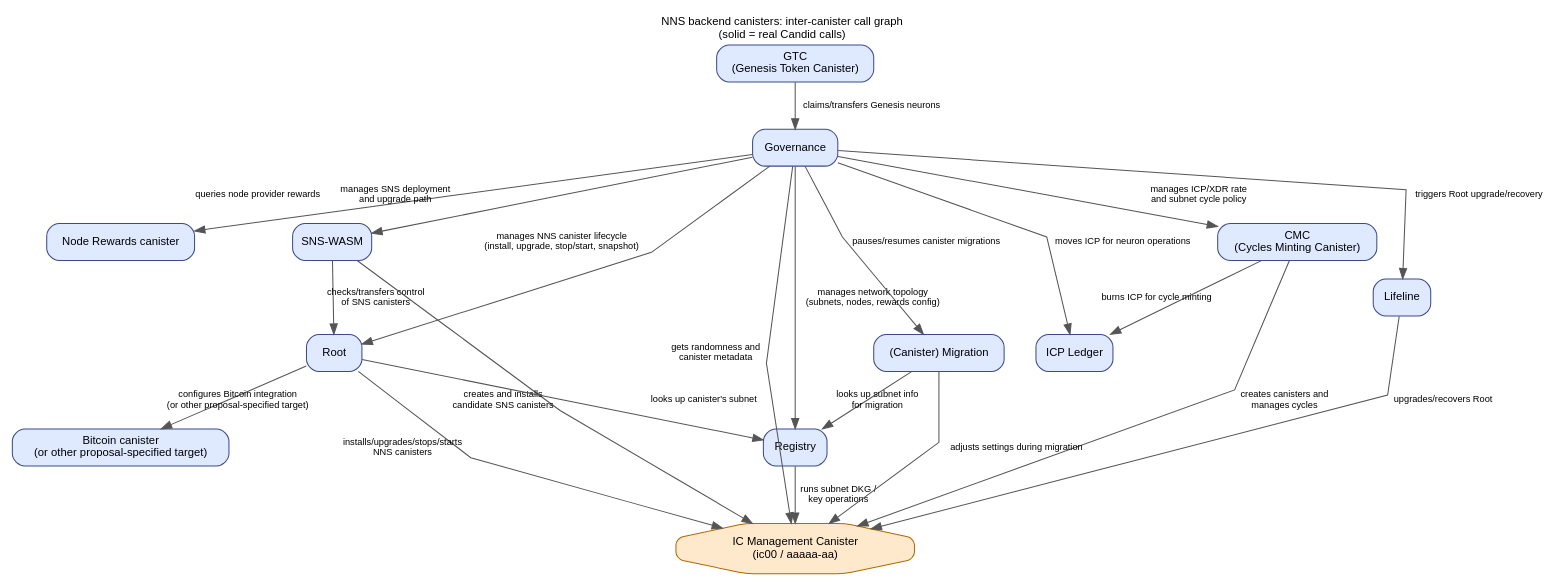
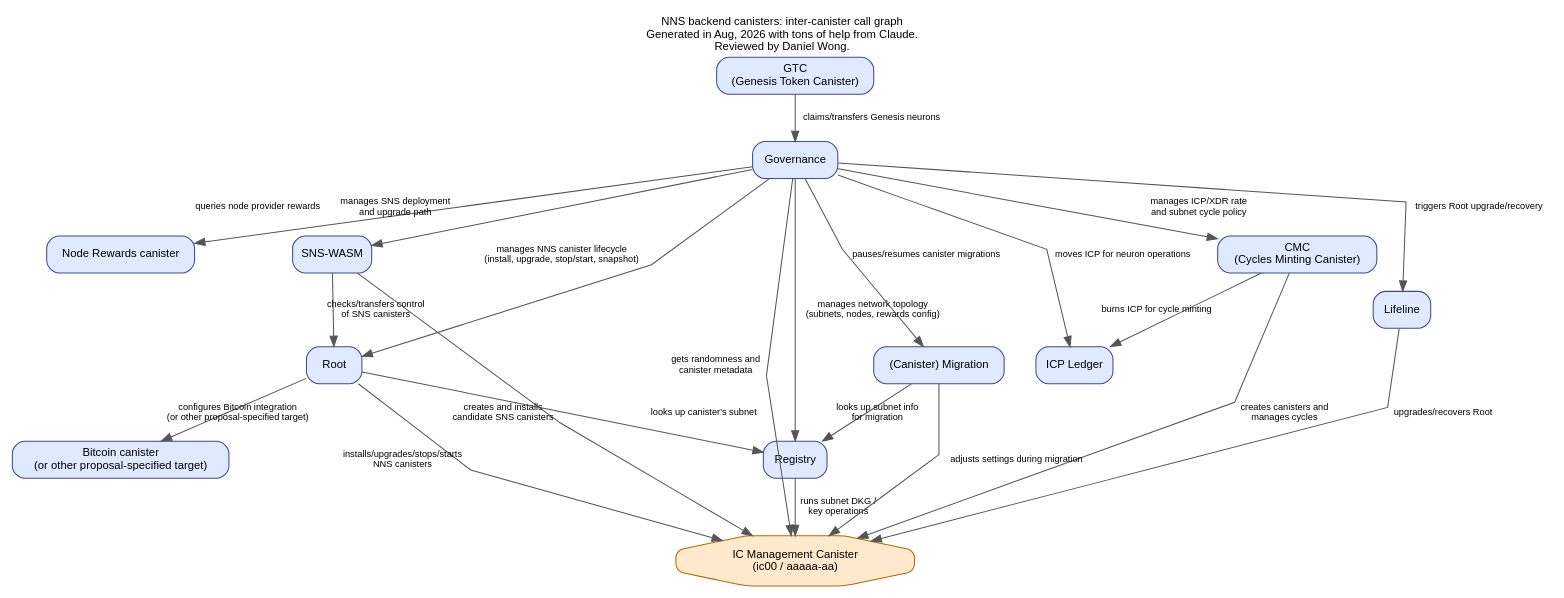
Before and after one commit to dfinity/ic: the diagram in rs/nns/docs/canister_call_graph.dot, drawn with Graphviz. The commit also changed 1 other file, not shown here.

Commit message:
docs(nns): preserve detailed method lists as edge comments, add file:line citations
The exhaustive per-edge method-name lists that were simplified out of the
visible edge labels (commit 64af050) are still valuable but were only
findable by digging through git history. Restore them as `//` comments
directly above each edge definition so nothing is lost, and add freshly
re-verified file:line citations into the current codebase for each edge's
real call site(s) (re-checked against HEAD, not copied from any stale
investigation notes).

Also:
- Drop the now-stale "(solid = real Candid calls)" legend line from the
  graph title, since every edge is styled the same way.
- Add a small caption crediting how/who reviewed this diagram.

Comment-only + label/caption text change; no edges, node positions, or
edge styling changed. Regenerated canister_call_graph.svg to match (only
the title/caption text and resulting graph height differ).

```diff
--- a/rs/nns/docs/canister_call_graph.dot
+++ b/rs/nns/docs/canister_call_graph.dot
@@ -1,92 +1,186 @@
 digraph NNSBackendCanisterCalls {
-  graph [fontname="Helvetica", fontsize=11, labelloc=t, splines=line, label="NNS backend canisters: inter-canister call graph\n(solid = real Candid calls)"];
+  graph [fontname="Helvetica", fontsize=11, labelloc=t, splines=line, label="NNS backend canisters: inter-canister call graph\nGenerated in Aug, 2026 with tons of help from Claude.\nReviewed by Daniel Wong."];
   node [shape=box, style="rounded,filled", fontname="Helvetica", fontsize=11, fillcolor="#eef2ff", color="#3b4b8c"];
   edge [fontname="Helvetica", fontsize=9, color="#555555"];
 
   // Node declaration order below (left-to-right in the rendered layout) is
   // chosen for two things at once: (1) balance visual weight on either side
   // of the GTC -> Governance -> Registry -> IC Management trunk (see
   // weight=10 edges on those edges), and (2) place canisters that are more
   // central to NNS operation closer to that trunk, with narrower/rarer-use
   // canisters pushed toward the left/right peripheries. Root is treated as
   // effectively part of the trunk's inner ring (it installs/upgrades every
   // other NNS canister); SnsWasm/Cmc/Ledger form the next ring in; and
   // NodeRewards/ArbitraryCanister (left) and Migration/Lifeline (right) are
   // the peripheral, narrow-scope canisters. This is a judgment call, not a
   // rigid formula -- see PR discussion for the reasoning. Note that dot's
   // layout is driven mostly by actual edge structure rather than pure
   // declaration order once a node has more than one real edge, so getting
   // this ring structure to render as intended also requires the invisible
   // ordering edge down by the real edges (see below).
   NodeRewards  [label="Node Rewards canister", fillcolor="#dfe9ff"];
   ArbitraryCanister [label="Bitcoin canister\n(or other proposal-specified target)", fillcolor="#dfe9ff"];
   SnsWasm      [label="SNS-WASM", fillcolor="#dfe9ff"];
   Root         [fillcolor="#dfe9ff"];
   Gtc          [label="GTC\n(Genesis Token Canister)", fillcolor="#dfe9ff"];
   Governance   [fillcolor="#dfe9ff"];
   Registry     [fillcolor="#dfe9ff"];
   IcManagement [label="IC Management Canister\n(ic00 / aaaaa-aa)", shape=octagon, fillcolor="#ffe9cc", color="#b06a00"];
   Cmc          [label="CMC\n(Cycles Minting Canister)", fillcolor="#dfe9ff"];
   Ledger       [label="ICP Ledger", fillcolor="#dfe9ff"];
   Migration    [label="(Canister) Migration", fillcolor="#dfe9ff"];
   Lifeline     [fillcolor="#dfe9ff"];
 
   // ---- Governance outbound ----
+  // Governance -> Root: change_nns_canister, call_canister, stop_or_start_nns_canister,
+  // create_canister_and_install_code, take_canister_snapshot, load_canister_snapshot,
+  // update_canister_settings, add_nns_canister
+  // See: rs/nns/governance/src/proposals/install_code.rs:158-166 (change_nns_canister);
+  // execute_nns_function.rs:495 (add_nns_canister), :563 (call_canister);
+  // stop_or_start_canister.rs:84-86; create_canister_and_install_code.rs:220-222;
+  // take_canister_snapshot.rs:42-44; load_canister_snapshot.rs:50-52;
+  // update_canister_settings.rs:143-149
   Governance -> Root     [label="manages NNS canister lifecycle\n(install, upgrade, stop/start, snapshot)"];
+  // Governance -> Registry: create_subnet, add_node_operator, recover_subnet,
+  // update_node_rewards_table, reroute_canister_ranges, ... (ExecuteNnsFunction dispatch)
+  // See: rs/nns/governance/src/proposals/execute_nns_function.rs:483-595
+  // (ValidNnsFunction::canister_and_function dispatch table); e.g. create_subnet:487,
+  // add_node_operator:485, recover_subnet:499, update_node_rewards_table:532-534,
+  // reroute_canister_ranges:541-543
   Governance -> Registry [label="manages network topology\n(subnets, nodes, rewards config)", weight=10];
+  // Governance -> SnsWasm: deploy_new_sns, list_deployed_snses, add_wasm,
+  // update_sns_subnet_list, insert_upgrade_path_entries, update_canister_settings target
+  // See: rs/nns/governance/src/governance.rs:8164-8210 (deploy_new_sns), :8243-8259
+  // (list_deployed_snses); proposals/execute_nns_function.rs:550 (add_wasm), :557-559
+  // (update_sns_subnet_list), :560-562 (insert_upgrade_path_entries);
+  // proposals/update_canister_settings.rs:143-149 (target-dispatch logic; note this
+  // actually routes through Root/Lifeline, not directly to SnsWasm)
   Governance -> SnsWasm  [label="manages SNS deployment\nand upgrade path"];
+  // Governance -> Cmc: get_average_icp_xdr_conversion_rate, set_authorized_subnetwork_list,
+  // update_subnet_type, change_subnet_type_assignment
+  // See: rs/nns/governance/src/governance.rs:7891-7913 (get_average_icp_xdr_conversion_rate);
+  // proposals/execute_nns_function.rs:519-521 (set_authorized_subnetwork_list),
+  // :551-553 (update_subnet_type), :554-556 (change_subnet_type_assignment)
   Governance -> Cmc      [label="manages ICP/XDR rate\nand subnet cycle policy"];
+  // Governance -> Ledger: transfer_funds, account_balance, total_supply
+  // (disburse, spawn, refunds, metrics)
+  // See: rs/nns/governance/src/governance/ledger_helper.rs:32-40,104-112,189-190
+  // (transfer_funds call sites); rs/nervous_system/canisters/src/ledger.rs:106-146
+  // (transfer_funds -> "transfer"), :186-202 (total_supply), :204-225 (account_balance)
   Governance -> Ledger   [label="moves ICP for neuron operations"];
+  // Governance -> Lifeline: upgrade_root, hard_reset_root_to_version
+  // See: rs/nns/governance/src/proposals/install_code.rs:158-183 (dispatches upgrade_root);
+  // proposals/execute_nns_function.rs:496-498 (dispatches hard_reset_root_to_version)
   Governance -> Lifeline [label="triggers Root upgrade/recovery"];
+  // Governance -> Migration: disable_api, enable_api
+  // (PauseCanisterMigrations / Unpause)
+  // See: rs/nns/governance/src/proposals/execute_nns_function.rs:585-586
   Governance -> Migration [label="pauses/resumes canister migrations"];
+  // Governance -> NodeRewards: get_node_providers_rewards,
+  // get_node_providers_monthly_xdr_rewards
+  // See: rs/nns/governance/src/governance.rs:7601-7610 (get_node_providers_rewards),
+  // :7836-7845 (get_node_providers_monthly_xdr_rewards)
   Governance -> NodeRewards [label="queries node provider rewards"];
+  // Governance -> IcManagement: raw_rand (RNG seeding),
+  // canister_metadata (proposal validation)
+  // See: rs/nns/governance/src/timer_tasks/seeding.rs:26-32 (raw_rand);
+  // proposals/execute_nns_function.rs:125-140 (canister_metadata)
   Governance -> IcManagement [label="gets randomness and\ncanister metadata"];
 
   // ---- Root outbound ----
+  // Root -> IcManagement: create_canister, install_code, canister_status,
+  // update_settings, stop/start_canister
+  // See: rs/nns/handlers/root/impl/src/canister_management.rs:143-165
+  // (create_canister/install_code for add_nns_canister), :235-256
+  // (update_canister_settings -> update_settings); rs/nervous_system/root/src/change_canister.rs:277-329
+  // (install_code for change_nns_canister), :334-372 (start_canister/stop_canister);
+  // rs/nns/handlers/root/impl/src/root_proposals.rs:146-153 (canister_status)
   Root -> IcManagement [label="installs/upgrades/stops/starts\nNNS canisters"];
+  // Root -> Registry: get_subnet_for_canister
+  // See: rs/nns/handlers/root/impl/src/root_proposals.rs:465-482
   Root -> Registry     [label="looks up canister's subnet"];
+  // Root -> ArbitraryCanister (was Root -> IcManagement call_canister(*)):
+  // call_canister(*) (arbitrary proposal-specified target, routed as an
+  // ic00-style raw call)
+  // See: rs/nns/handlers/root/impl/src/canister_management.rs:181-211 (call_canister);
+  // dispatched from rs/nns/governance/src/proposals/execute_nns_function.rs:563
+  // (ValidNnsFunction::BitcoinSetConfig)
   Root -> ArbitraryCanister [label="configures Bitcoin integration\n(or other proposal-specified target)"];
 
   // ---- Root -> Governance: NOT a real Candid call ----
   // (No confirmed rs/nns/handlers/root call into Governance's own API.)
   // Root's Governance -> Root change_nns_canister edge above can result in
   // Root calling ic00.install_code with canister_id=Governance -- but that's
   // already covered by the generic "Root -> IcManagement" lifecycle edge.
   // NOTE: Governance's #[post_upgrade] (rs/nns/governance/canister/canister.rs:150-151)
   // takes NO argument and restores state purely from stable memory, so there is
   // no "upgrade arg passed from Root to Governance" to depict -- omitted.
 
   // ---- Lifeline outbound ----
+  // Lifeline -> IcManagement: install_code, start_canister,
+  // stop_canister, uninstall_code, update_settings (target: Root)
+  // See: rs/nns/handlers/lifeline/impl/lifeline.mo:55-81 (upgrade_root: stop_canister
+  // line 61, start_canister lines 64/79, install_code line 70), :83-96
+  // (hard_reset_root_to_version: uninstall_code line 89, install_code line 92),
+  // :98-108 (update_root_settings: update_settings line 107)
   Lifeline -> IcManagement [label="upgrades/recovers Root"];
 
   // ---- SNS-WASM outbound ----
+  // SnsWasm -> IcManagement: create_canister, install_code,
+  // set_controllers (candidate SNS canisters)
+  // See: rs/nns/sns-wasm/canister/canister.rs:69-93 (create_canister), :114-131
+  // (install_wasm -> ic00 install_code), :140-158 (set_controllers -> ic00 update_settings)
   SnsWasm -> IcManagement [label="creates and installs\ncandidate SNS canisters"];
+  // SnsWasm -> Root: canister_status, change_canister_controllers
+  // See: rs/nns/sns-wasm/src/sns_wasm.rs:1619-1628 (canister_status via
+  // NnsRootCanisterClient), :1525-1553 (change_canister_controllers dispatch)
   SnsWasm -> Root         [label="checks/transfers control\nof SNS canisters"];
 
   // ---- GTC outbound ----
   // weight=10 pulls this edge straight so the GTC -> Governance -> Registry ->
   // IC Management spine renders centered instead of drifting to one side.
+  // Gtc -> Governance: claim_gtc_neurons, transfer_gtc_neuron
+  // See: rs/nns/gtc/src/lib.rs:216-236 (claim_gtc_neurons), :238-259 (transfer_gtc_neuron)
   Gtc -> Governance [label="claims/transfers Genesis neurons", weight=10];
 
   // ---- CMC outbound ----
+  // Cmc -> IcManagement: raw_rand, deposit_cycles,
+  // create_canister (on target subnet)
+  // See: rs/nns/cmc/src/main.rs:2348-2353 (raw_rand), :2123-2131 (deposit_cycles),
+  // :2267-2277 (create_canister on target subnet)
   Cmc -> IcManagement [label="creates canisters and\nmanages cycles"];
+  // Cmc -> Ledger: send_pb (burn ICP on mint / refund)
+  // See: rs/nns/cmc/src/main.rs:2044 (send_pb, burn), :2093 (send_pb, refund)
   Cmc -> Ledger       [label="burns ICP for cycle minting"];
 
   // ---- Migration canister outbound ----
+  // Migration -> IcManagement: update_settings, canister_status
+  // See: rs/migration_canister/src/external_interfaces/management.rs:34-49
+  // (set_exclusive_controller -> update_settings), :60-80 (set_controllers ->
+  // update_settings), :129-140 (canister_status)
   Migration -> IcManagement [label="adjusts settings during migration"];
+  // Migration -> Registry: get_subnet_for_canister, get_subnet, migrate_canisters
+  // See: rs/migration_canister/src/external_interfaces/registry.rs:33-45
+  // (get_subnet_for_canister), :88-100 (get_subnet), :135-149 (migrate_canister ->
+  // "migrate_canisters")
   Migration -> Registry     [label="looks up subnet info\nfor migration"];
 
   // ---- Registry outbound ----
+  // Registry -> IcManagement: setup_initial_dkg, reshare_chain_key
+  // (create_subnet, split_subnet, recover_subnet)
+  // See: rs/registry/canister/src/mutations/do_create_subnet.rs:61-73 (setup_initial_dkg);
+  // do_recover_subnet.rs:118 and do_split_subnet.rs:127 (same, other subnet-change flows);
+  // mutations/subnet.rs:245-256 (reshare_chain_key)
   Registry -> IcManagement [label="runs subnet DKG /\nkey operations", weight=10];
 
   // Node Rewards canister: no confirmed outbound calls found (read-only via caller checks).
 
   // ---- layout-only ordering hint (no real call) ----
   // ArbitraryCanister (Bitcoin) only has a real edge to Root, which pulls it
   // toward the trunk despite it being one of the most peripheral, narrowest-
   // scope canisters (a single proposal-specified relay target). This
   // invisible edge to Node Rewards canister -- the other peripheral,
   // narrow-scope canister on this side of the trunk -- keeps them grouped
   // together at the periphery instead.
   NodeRewards -> ArbitraryCanister [style=invis, weight=5];
 }
```
